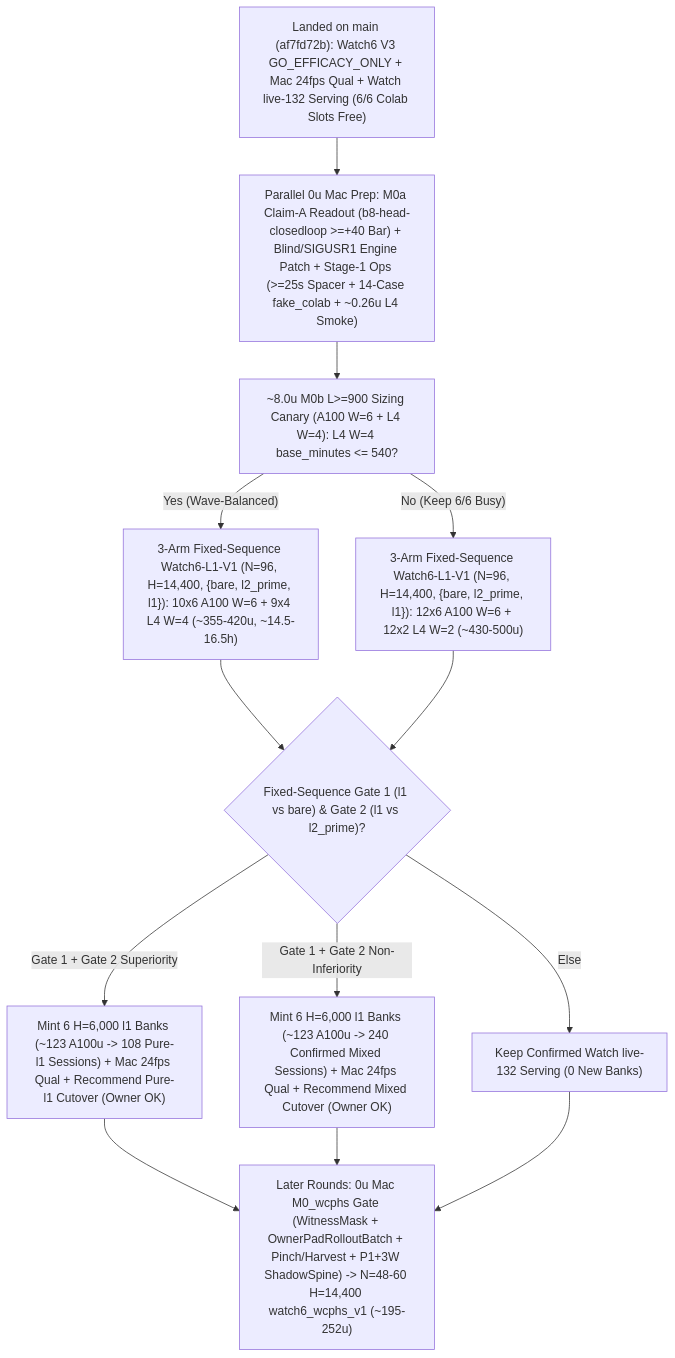
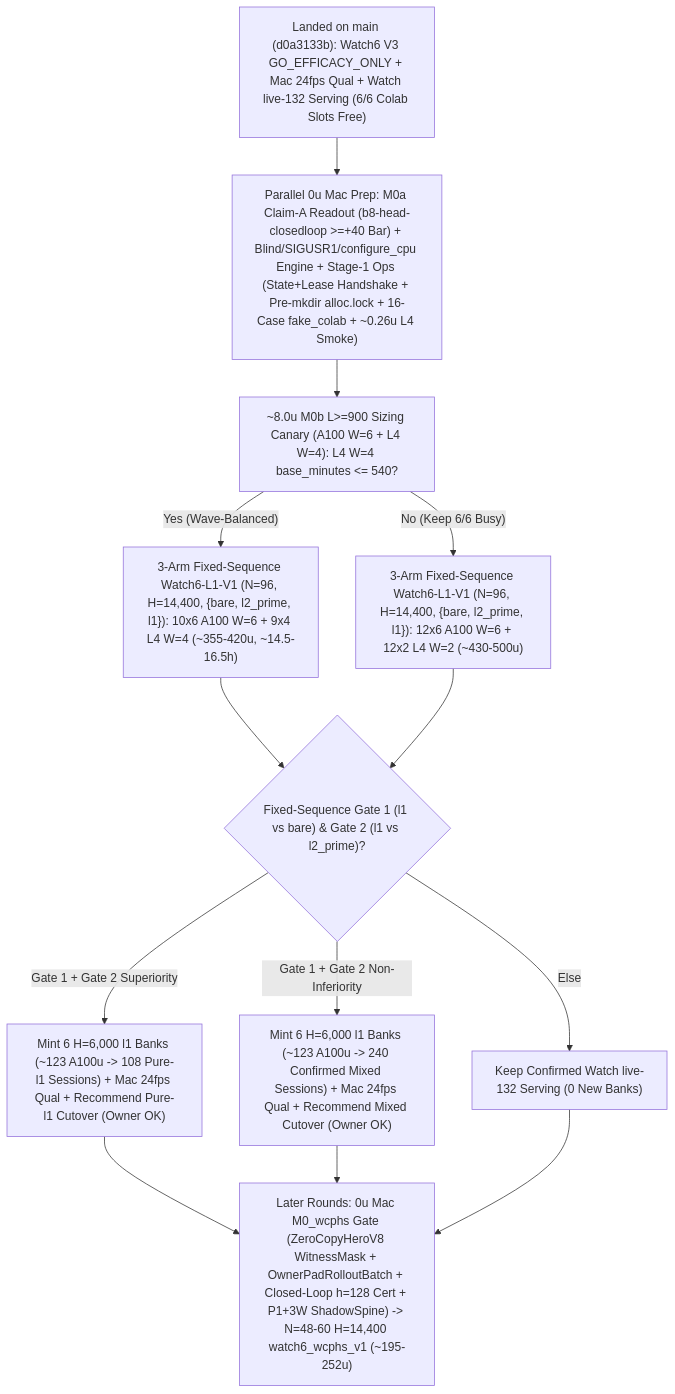
One commit to josenunezwork/snake-dqn changed the diagram in docs/research/ROADMAP.md. Above: the diagram before and after it, drawn with Mermaid. The commit also changed other lines of this file, not shown here.

Commit message:
docs(roadmap): fold in round-19 synthesis as current and later-round advice

````diff
--- a/docs/research/ROADMAP.md
+++ b/docs/research/ROADMAP.md
@@ -98,15 +106,15 @@
 ```mermaid
 flowchart TD
-    LIVE["Landed on main (af7fd72b): Watch6 V3 GO_EFFICACY_ONLY + Mac 24fps Qual + Watch live-132 Serving (6/6 Colab Slots Free)"] --> PREP["Parallel 0u Mac Prep: M0a Claim-A Readout (b8-head-closedloop >=+40 Bar) + Blind/SIGUSR1 Engine Patch + Stage-1 Ops (>=25s Spacer + 14-Case fake_colab + ~0.26u L4 Smoke)"]
+    LIVE["Landed on main (d0a3133b): Watch6 V3 GO_EFFICACY_ONLY + Mac 24fps Qual + Watch live-132 Serving (6/6 Colab Slots Free)"] --> PREP["Parallel 0u Mac Prep: M0a Claim-A Readout (b8-head-closedloop >=+40 Bar) + Blind/SIGUSR1/configure_cpu Engine + Stage-1 Ops (State+Lease Handshake + Pre-mkdir alloc.lock + 16-Case fake_colab + ~0.26u L4 Smoke)"]
     PREP --> M0B["~8.0u M0b L>=900 Sizing Canary (A100 W=6 + L4 W=4): L4 W=4 base_minutes <= 540?"]
     M0B -- "Yes (Wave-Balanced)" --> V1A["3-Arm Fixed-Sequence Watch6-L1-V1 (N=96, H=14,400, {bare, l2_prime, l1}): 10x6 A100 W=6 + 9x4 L4 W=4 (~355-420u, ~14.5-16.5h)"]
     M0B -- "No (Keep 6/6 Busy)" --> V1B["3-Arm Fixed-Sequence Watch6-L1-V1 (N=96, H=14,400, {bare, l2_prime, l1}): 12x6 A100 W=6 + 12x2 L4 W=2 (~430-500u)"]
     V1A --> GATES{"Fixed-Sequence Gate 1 (l1 vs bare) & Gate 2 (l1 vs l2_prime)?"}
     V1B --> GATES
     GATES -- "Gate 1 + Gate 2 Superiority" --> SUP["Mint 6 H=6,000 l1 Banks (~123 A100u -> 108 Pure-l1 Sessions) + Mac 24fps Qual + Recommend Pure-l1 Cutover (Owner OK)"]
     GATES -- "Gate 1 + Gate 2 Non-Inferiority" --> NI["Mint 6 H=6,000 l1 Banks (~123 A100u -> 240 Confirmed Mixed Sessions) + Mac 24fps Qual + Recommend Mixed Cutover (Owner OK)"]
     GATES -- "Else" --> KEEP["Keep Confirmed Watch live-132 Serving (0 New Banks)"]
-    SUP --> LATER["Later Rounds: 0u Mac M0_wcphs Gate (WitnessMask + OwnerPadRolloutBatch + Pinch/Harvest + P1+3W ShadowSpine) -> N=48-60 H=14,400 watch6_wcphs_v1 (~195-252u)"]
+    SUP --> LATER["Later Rounds: 0u Mac M0_wcphs Gate (ZeroCopyHeroV8 WitnessMask + OwnerPadRolloutBatch + Closed-Loop h=128 Cert + P1+3W ShadowSpine) -> N=48-60 H=14,400 watch6_wcphs_v1 (~195-252u)"]
     NI --> LATER
     KEEP --> LATER
 ```
````
